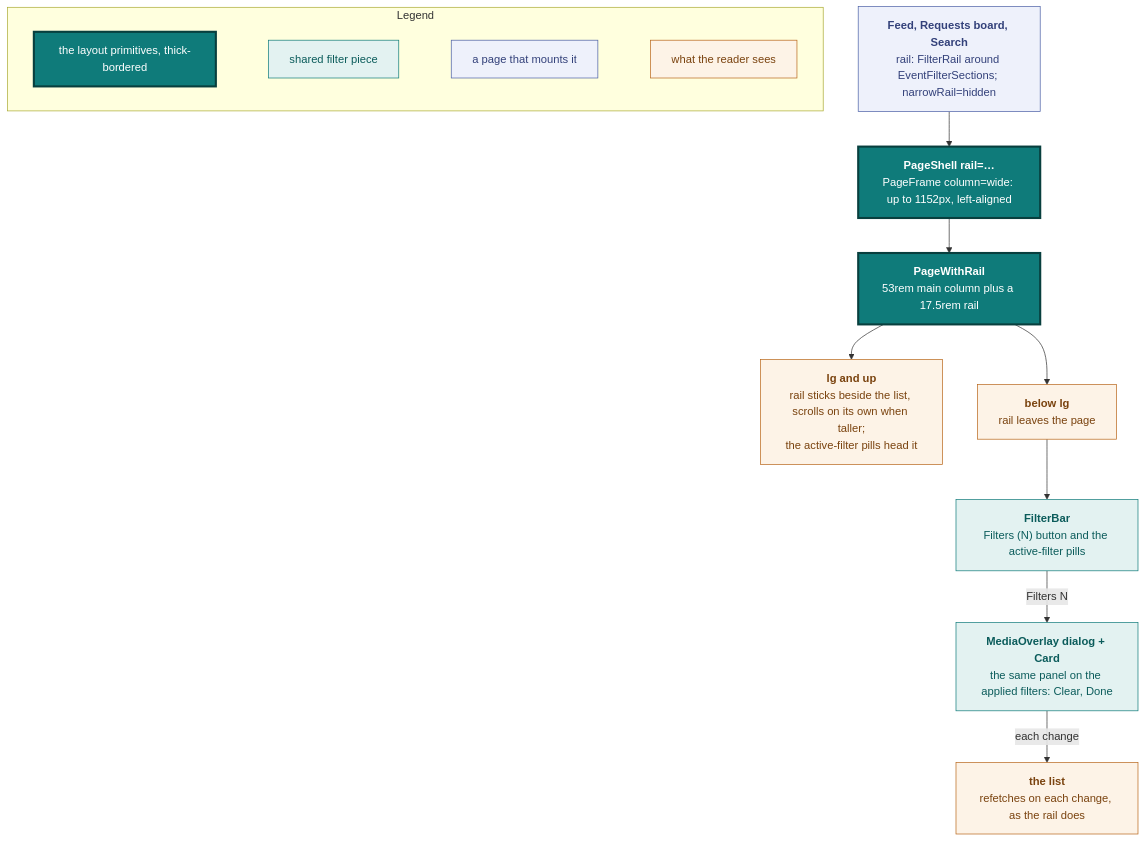
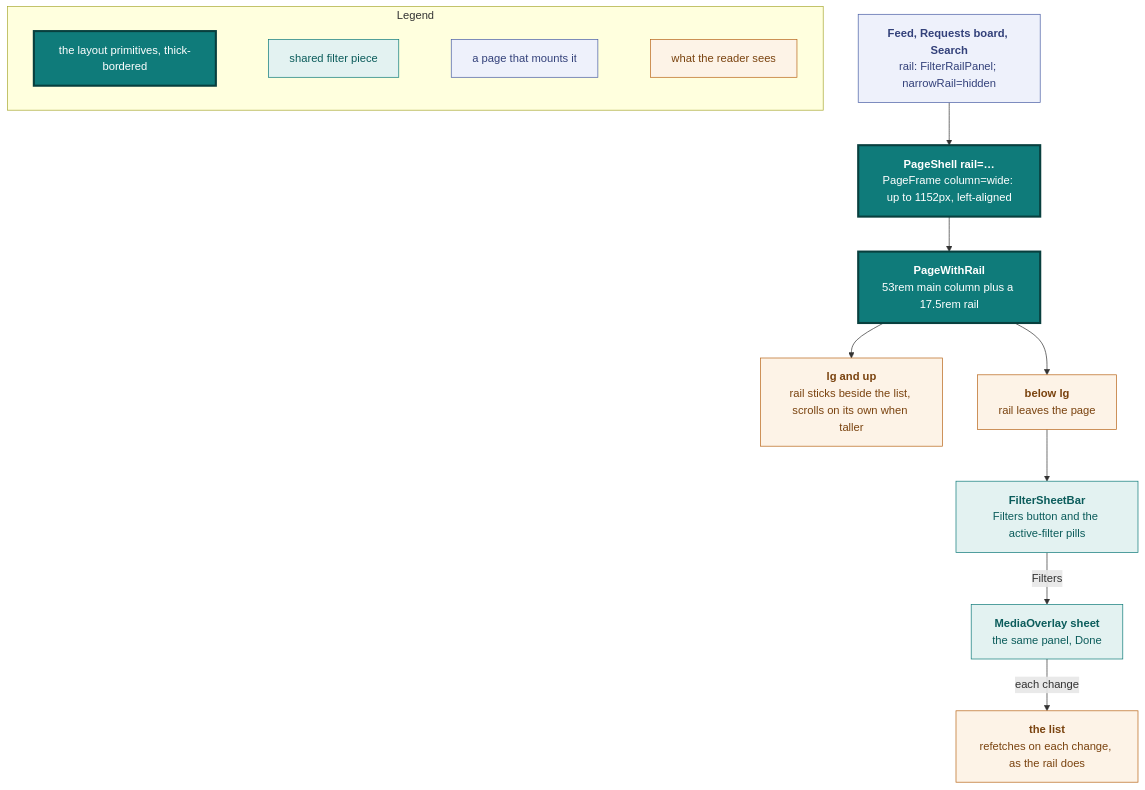
One commit to vidithq/vidit changed the seventh of 23 diagrams in docs/design.md. Above: the diagram before and after it, drawn with Mermaid. The commit also changed other lines of this file and 5 other files, not shown here.

First line of the commit message:
docs(design): one filter model and its panel, with the dimensions by surface

````diff
--- a/docs/design.md
+++ b/docs/design.md
@@ -707,41 +709,40 @@
 ```mermaid
 flowchart TB
   classDef shared fill:#e3f2f1,stroke:#0f7b7a,color:#0b5c5b
   classDef core fill:#0f7b7a,stroke:#083f3e,stroke-width:3px,color:#ffffff
   classDef page fill:#eef1fb,stroke:#4a5fa5,color:#33417a
   classDef state fill:#fdf3e7,stroke:#b8661a,color:#7a430f
 
   subgraph legend [Legend]
     direction LR
     l1["`the layout primitives, thick-bordered`"]:::core
     l2["`shared filter piece`"]:::shared
     l3["`a page that mounts it`"]:::page
     l4["`what the reader sees`"]:::state
     l1 ~~~ l2 ~~~ l3 ~~~ l4
   end
 
   shell["`**PageShell rail=…**
   PageFrame column=wide: up to 1152px, left-aligned`"]:::core
   layout["`**PageWithRail**
   53rem main column plus a 17.5rem rail`"]:::core
   pages["`**Feed, Requests board, Search**
-  rail: FilterRail around EventFilterSections; narrowRail=hidden`"]:::page
+  rail: FilterRailPanel; narrowRail=hidden`"]:::page
   wide["`**lg and up**
-  rail sticks beside the list, scrolls on its own when taller;
-  the active-filter pills head it`"]:::state
+  rail sticks beside the list, scrolls on its own when taller`"]:::state
   narrow["`**below lg**
   rail leaves the page`"]:::state
-  bar["`**FilterBar**
-  Filters (N) button and the active-filter pills`"]:::shared
-  dialog["`**MediaOverlay dialog + Card**
-  the same panel on the applied filters: Clear, Done`"]:::shared
+  bar["`**FilterSheetBar**
+  Filters button and the active-filter pills`"]:::shared
+  sheet["`**MediaOverlay sheet**
+  the same panel, Done`"]:::shared
   list["`**the list**
   refetches on each change, as the rail does`"]:::state
 
   pages --> shell --> layout
   layout --> wide
   layout --> narrow
   narrow --> bar
-  bar -->|Filters N| dialog
-  dialog -->|each change| list
+  bar -->|Filters| sheet
+  sheet -->|each change| list
 ```
````
